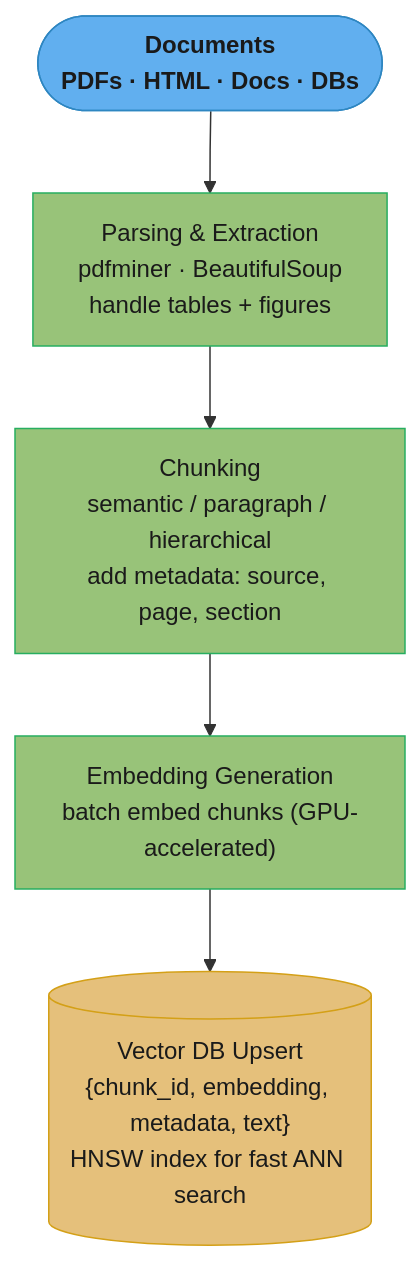
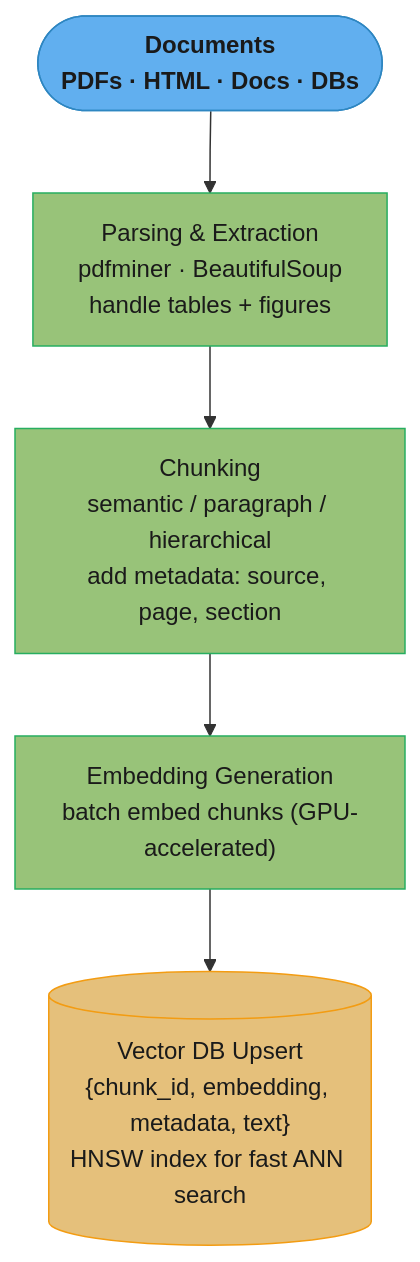
Before and after one commit to rppol/system-design: the second of 3 diagrams in src/main/java/com/rutik/systemdesign/llm/rag_fundamentals/README.md, drawn with Mermaid. The commit also changed other lines of this file and 88 other files, not shown here.

````diff
--- a/src/main/java/com/rutik/systemdesign/llm/rag_fundamentals/README.md
+++ b/src/main/java/com/rutik/systemdesign/llm/rag_fundamentals/README.md
@@ -177,16 +181,20 @@
 ```mermaid
 %%{init: {'flowchart': {'curve': 'basis', 'nodeSpacing': 50, 'rankSpacing': 55}}}%%
 flowchart TD
-    classDef io    fill:#61afef,stroke:#2e86c1,color:#1a1a1a,font-weight:bold
-    classDef proc  fill:#98c379,stroke:#27ae60,color:#1a1a1a
-    classDef store fill:#e5c07b,stroke:#d4a017,color:#1a1a1a
+    classDef io      fill:#61afef,stroke:#2e86c1,color:#1a1a1a,font-weight:bold
+    classDef frozen  fill:#c678dd,stroke:#9b59b6,color:#fff
+    classDef train   fill:#98c379,stroke:#27ae60,color:#1a1a1a
+    classDef mathOp  fill:#d19a66,stroke:#e67e22,color:#1a1a1a,font-weight:bold
+    classDef lossN   fill:#e06c75,stroke:#c0392b,color:#fff,font-weight:bold
+    classDef req     fill:#56b6c2,stroke:#0097a7,color:#1a1a1a
+    classDef base    fill:#e5c07b,stroke:#f39c12,color:#1a1a1a
 
     DOCS(["Documents\nPDFs · HTML · Docs · DBs"]) --> PARSE["Parsing & Extraction\npdfminer · BeautifulSoup\nhandle tables + figures"]
     PARSE --> CHUNK["Chunking\nsemantic / paragraph / hierarchical\nadd metadata: source, page, section"]
     CHUNK --> EMBED["Embedding Generation\nbatch embed chunks (GPU-accelerated)"]
     EMBED --> VDB[("Vector DB Upsert\n{chunk_id, embedding, metadata, text}\nHNSW index for fast ANN search")]
 
     class DOCS io
-    class PARSE,CHUNK,EMBED proc
-    class VDB store
+    class PARSE,CHUNK,EMBED train
+    class VDB base
 ```
````
